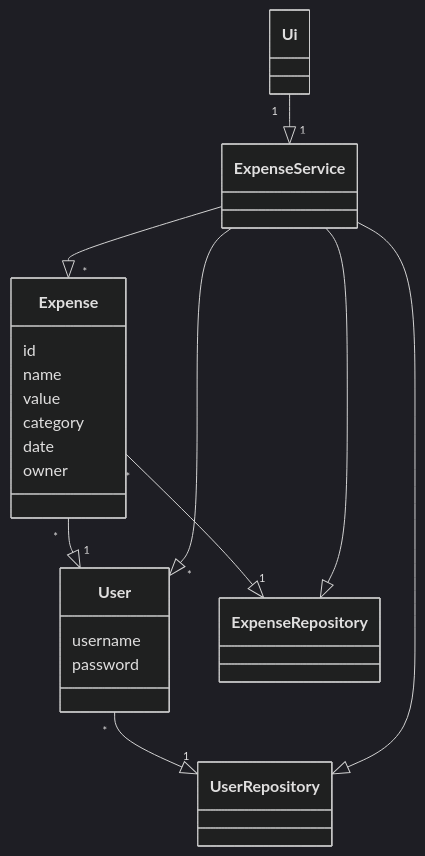
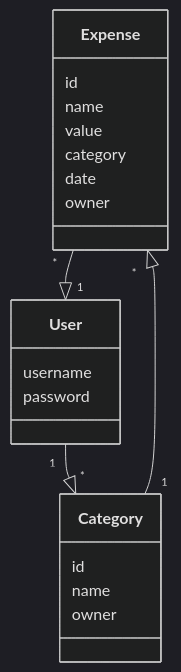
The first of 2 diagrams in documentation/architecture.md (oheinonen/ot-harjoitustyo), drawn with Mermaid (dark theme) before and after one commit. The commit also changed other lines of this file, not shown here.

````diff
--- a/documentation/architecture.md
+++ b/documentation/architecture.md
@@ -2,25 +18,25 @@
 ``` mermaid 
 
 classDiagram
     class Expense{
         id
         name
         value
         category
         date
         owner
     }
     class User{
         username
         password
     }
-    Expense "*" --|> "1" ExpenseRepository
+    class Category{
+        id
+        name
+        owner
+    }
     Expense "*" --|> "1" User
-    User "*" --|> "1" UserRepository
-    ExpenseService  --|> "*" Expense
-    ExpenseService  --|> "*" User
-    ExpenseService  --|>  ExpenseRepository
-    ExpenseService  --|>  UserRepository
-    Ui "1" --|> "1" ExpenseService
+    User "1" --|> "*" Category
+    Category "1" --|> "*" Expense
 
 ```
````
